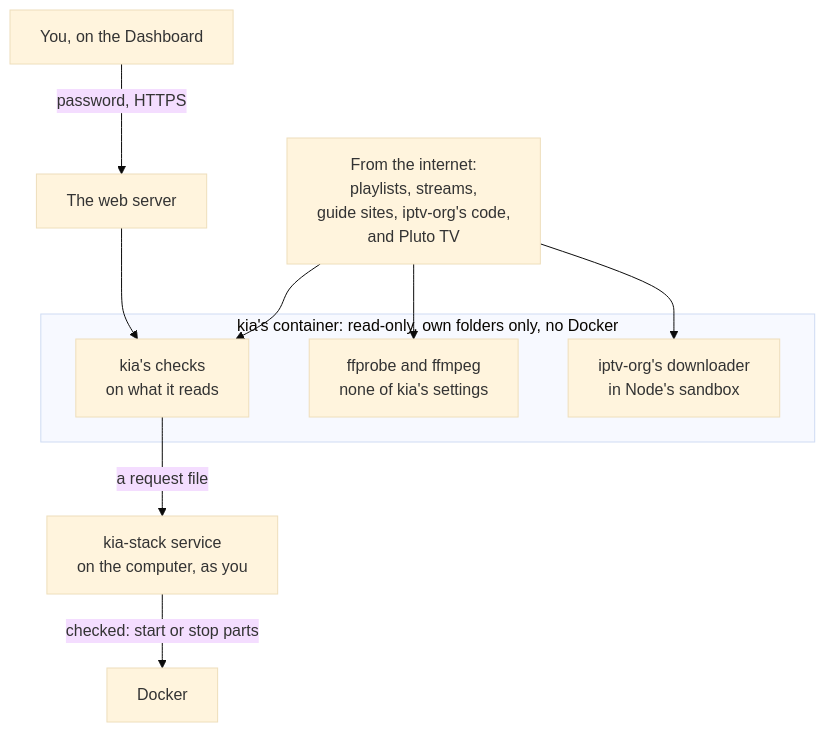
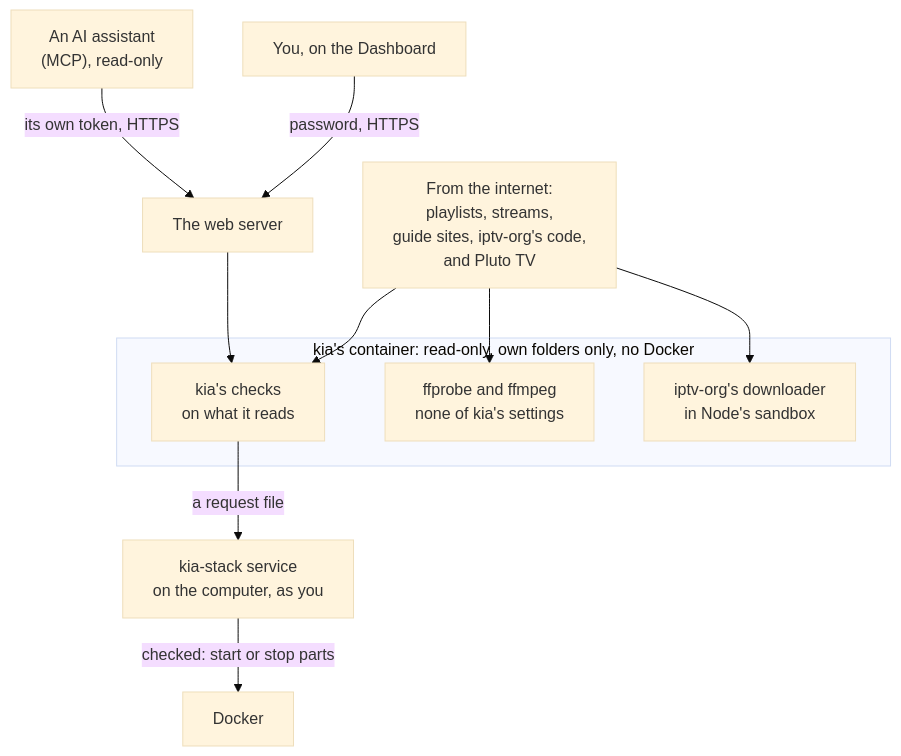
Before and after one commit to southsidedean/kodi-iptv-assistant: the diagram in docs/diagrams/security-layers.mmd, drawn with Mermaid (base theme). The commit also changed 28 other files, not shown here.

```diff
--- a/docs/diagrams/security-layers.mmd
+++ b/docs/diagrams/security-layers.mmd
@@ -1,14 +1,15 @@
 flowchart TB
   net["From the internet:<br>playlists, streams,<br>guide sites, iptv-org's code,<br>and Pluto TV"]
   subgraph container["kia's container: read-only, own folders only, no Docker"]
     checks["kia's checks<br>on what it reads"]
     media["ffprobe and ffmpeg<br>none of kia's settings"]
     sandbox["iptv-org's downloader<br>in Node's sandbox"]
   end
   net --> checks
   net --> media
   net --> sandbox
   you["You, on the Dashboard"] -->|"password, HTTPS"| webserver["The web server"]
+  ai["An AI assistant<br>(MCP), read-only"] -->|"its own token, HTTPS"| webserver
   webserver --> checks
   checks -->|"a request file"| svc["kia-stack service<br>on the computer, as you"]
   svc -->|"checked: start or stop parts"| docker["Docker"]
```
